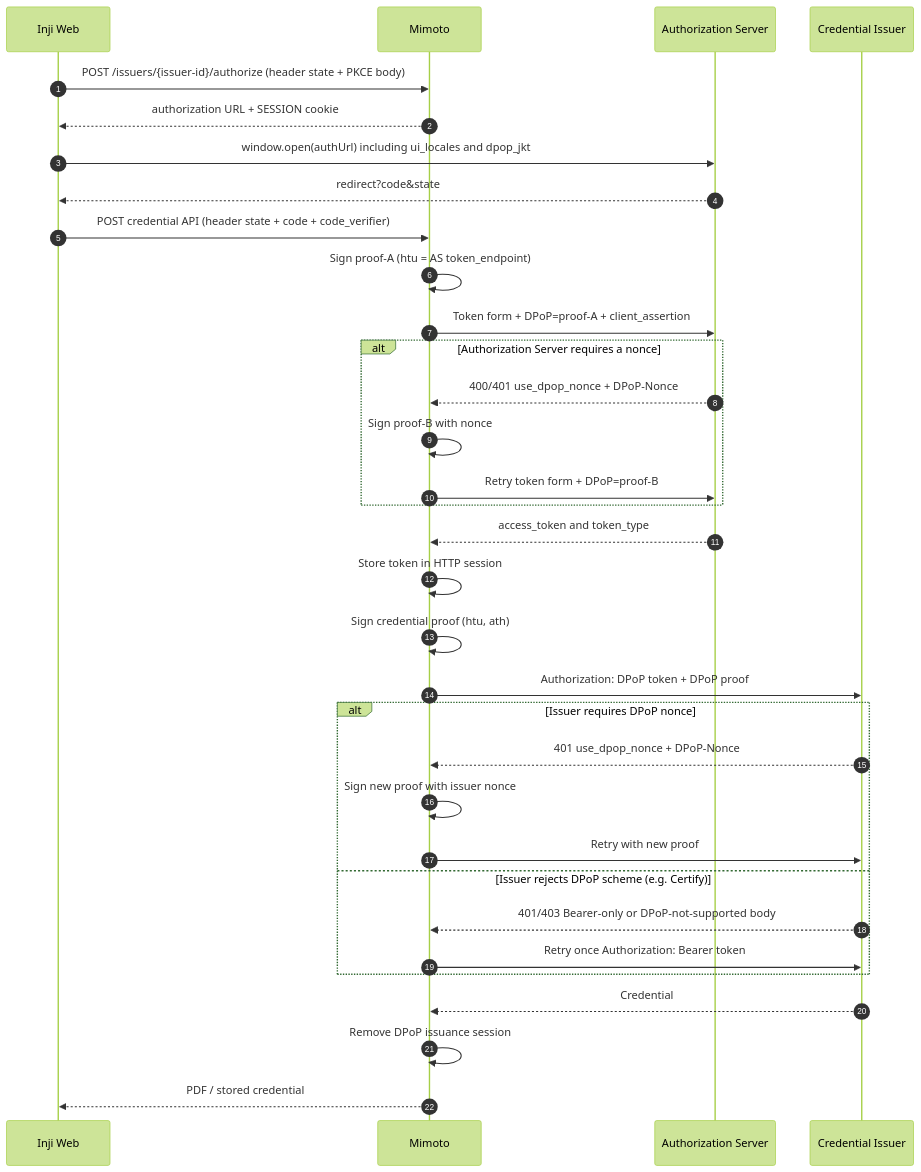
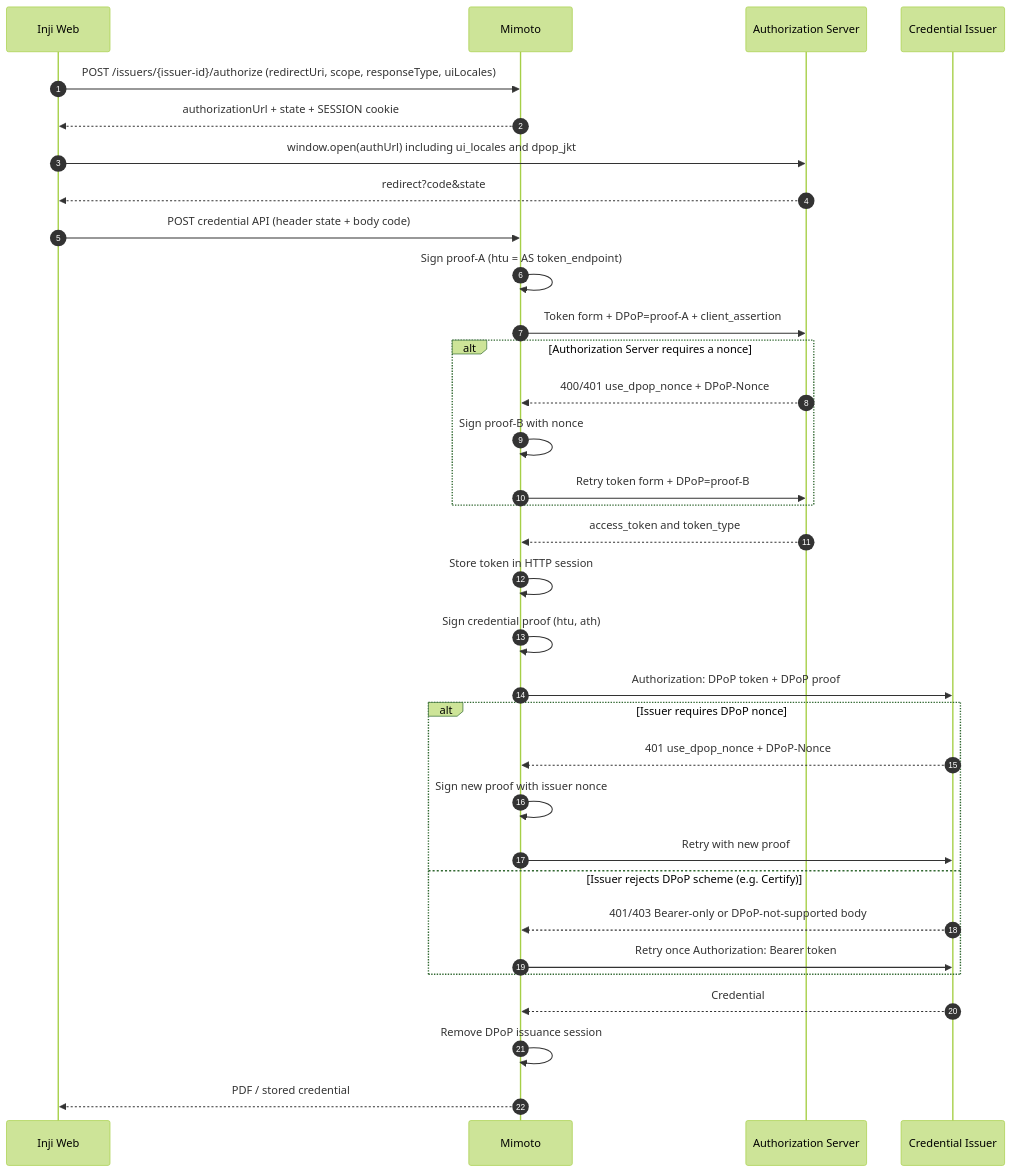
The second of 4 diagrams in docs/dpop-support.md (MadhuMosip/inji-web), drawn with Mermaid (forest theme) before and after one commit. The commit also changed other lines of this file, not shown here.

````diff
--- a/docs/dpop-support.md
+++ b/docs/dpop-support.md
@@ -196,36 +191,36 @@
 ```mermaid
 sequenceDiagram
   autonumber
   participant W as Inji Web
   participant M as Mimoto
   participant AS as Authorization Server
   participant CI as Credential Issuer
 
-  W->>M: POST /issuers/{issuer-id}/authorize (header state + PKCE body)
-  M-->>W: authorization URL + SESSION cookie
+  W->>M: POST /issuers/{issuer-id}/authorize (redirectUri, scope, responseType, uiLocales)
+  M-->>W: authorizationUrl + state + SESSION cookie
   W->>AS: window.open(authUrl) including ui_locales and dpop_jkt
   AS-->>W: redirect?code&state
-  W->>M: POST credential API (header state + code + code_verifier)
+  W->>M: POST credential API (header state + body code)
   M->>M: Sign proof-A (htu = AS token_endpoint)
   M->>AS: Token form + DPoP=proof-A + client_assertion
   alt Authorization Server requires a nonce
     AS-->>M: 400/401 use_dpop_nonce + DPoP-Nonce
     M->>M: Sign proof-B with nonce
     M->>AS: Retry token form + DPoP=proof-B
   end
   AS-->>M: access_token and token_type
   M->>M: Store token in HTTP session
   M->>M: Sign credential proof (htu, ath)
   M->>CI: Authorization: DPoP token + DPoP proof
   alt Issuer requires DPoP nonce
     CI-->>M: 401 use_dpop_nonce + DPoP-Nonce
     M->>M: Sign new proof with issuer nonce
     M->>CI: Retry with new proof
   else Issuer rejects DPoP scheme (e.g. Certify)
     CI-->>M: 401/403 Bearer-only or DPoP-not-supported body
     M->>CI: Retry once Authorization: Bearer token
   end
   CI-->>M: Credential
   M->>M: Remove DPoP issuance session
   M-->>W: PDF / stored credential
 ```
````
